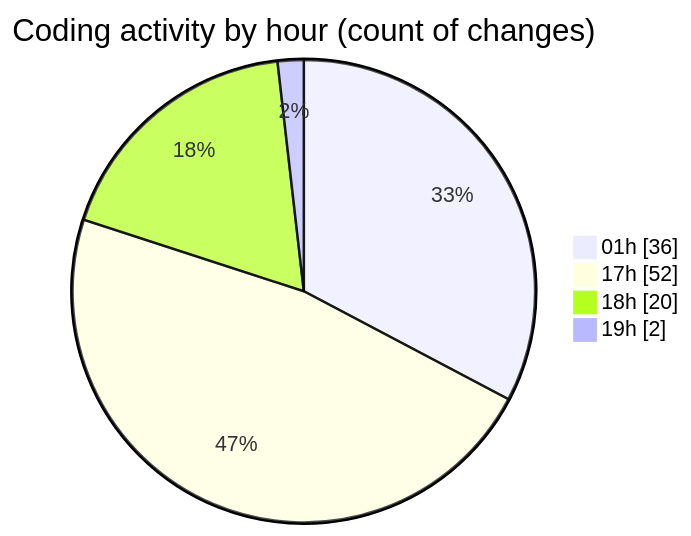
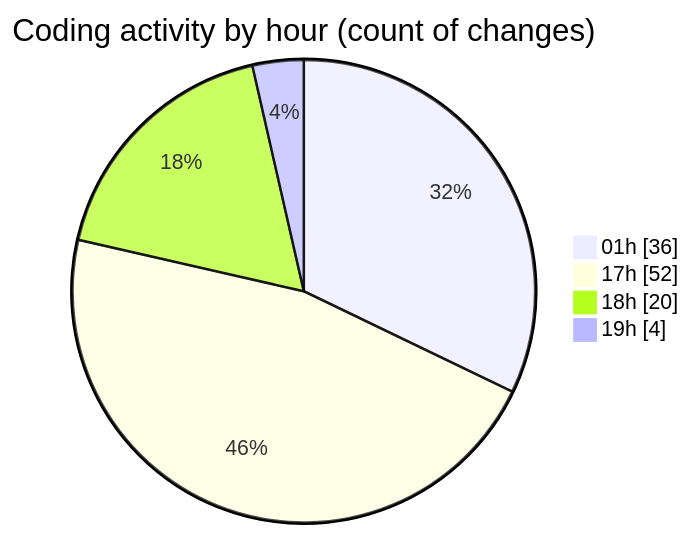
Before and after one commit to lephambinh05/code-tracking: the second of 2 diagrams in 2025-07-29/appproject/README.md, drawn with Mermaid. The commit also changed other lines of this file and 1 other file, not shown here.

````diff
--- a/2025-07-29/appproject/README.md
+++ b/2025-07-29/appproject/README.md
@@ -79,8 +79,8 @@
 ```mermaid
 pie showData
 title Coding activity by hour (count of changes)
 "01h" : 36
 "17h" : 52
 "18h" : 20
-"19h" : 2
+"19h" : 4
 ```
````
